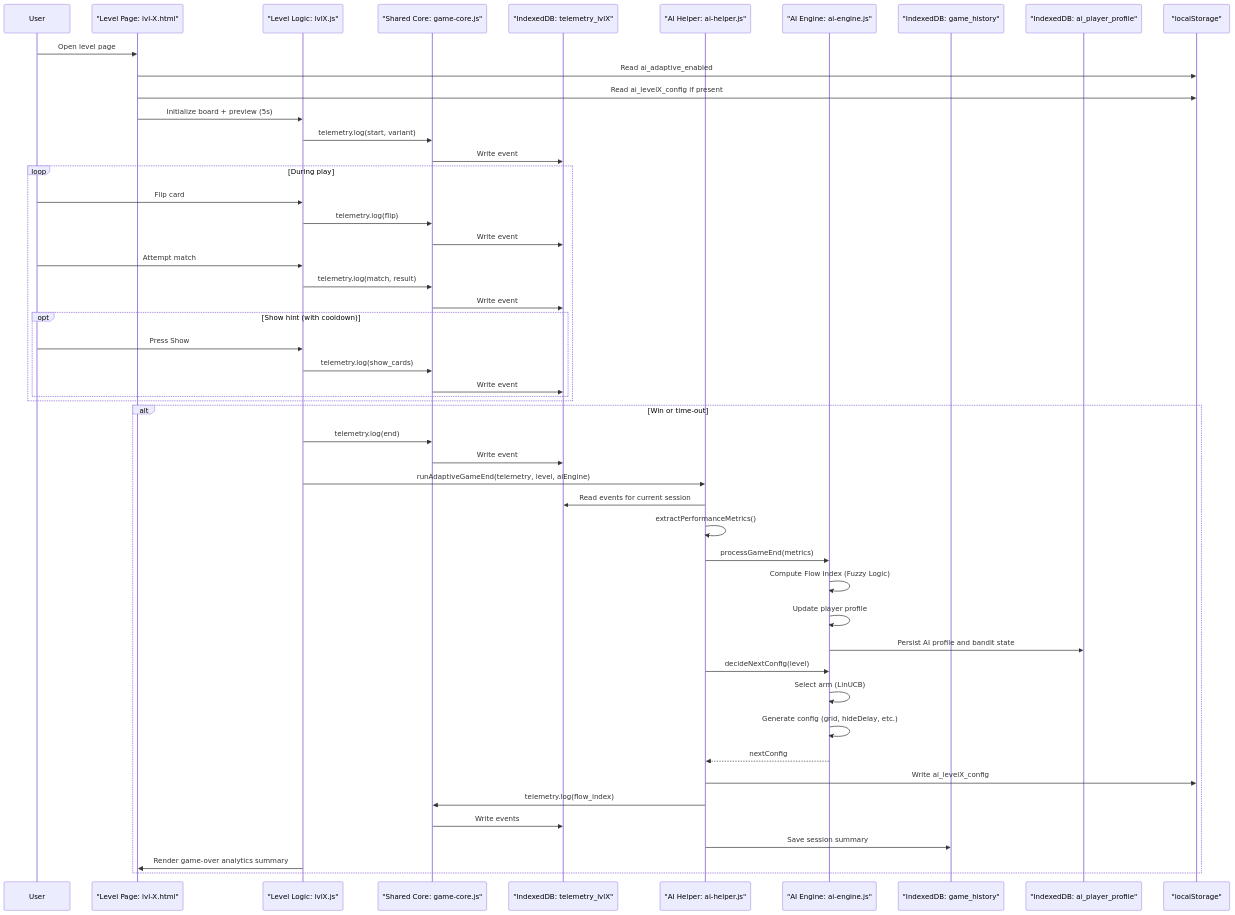
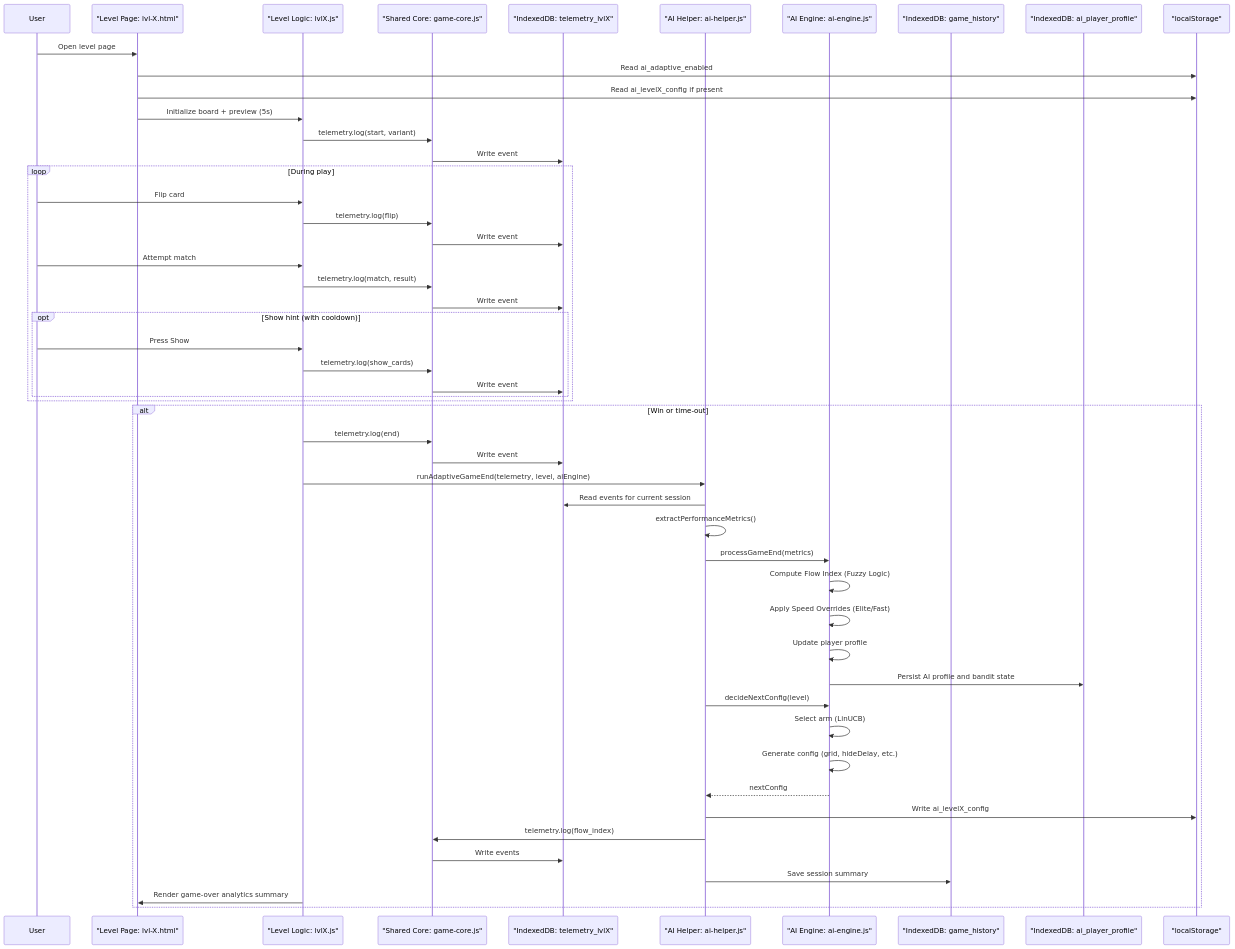
One commit to DDMYmia/Memory-Game-He-Maumahara changed the second of 10 diagrams in docs/SYSTEM_DIAGRAMS.md. Above: the diagram before and after it, drawn with Mermaid. The commit also changed other lines of this file and 23 other files, not shown here.

````diff
--- a/docs/SYSTEM_DIAGRAMS.md
+++ b/docs/SYSTEM_DIAGRAMS.md
@@ -69,55 +69,56 @@
 ```mermaid
 sequenceDiagram
     participant User
     participant Page as "Level Page: lvl-X.html"
     participant Lvl as "Level Logic: lvlX.js"
     participant Core as "Shared Core: game-core.js"
     participant Tel as "IndexedDB: telemetry_lvlX"
     participant Helper as "AI Helper: ai-helper.js"
     participant Engine as "AI Engine: ai-engine.js"
     participant Hist as "IndexedDB: game_history"
     participant Profile as "IndexedDB: ai_player_profile"
     participant LS as "localStorage"
 
     User->>Page: Open level page
     Page->>LS: Read ai_adaptive_enabled
     Page->>LS: Read ai_levelX_config if present
     Page->>Lvl: Initialize board + preview (5s)
     Lvl->>Core: telemetry.log(start, variant)
     Core->>Tel: Write event
 
     loop During play
       User->>Lvl: Flip card
       Lvl->>Core: telemetry.log(flip)
       Core->>Tel: Write event
       User->>Lvl: Attempt match
       Lvl->>Core: telemetry.log(match, result)
       Core->>Tel: Write event
       opt Show hint (with cooldown)
         User->>Lvl: Press Show
         Lvl->>Core: telemetry.log(show_cards)
         Core->>Tel: Write event
       end
     end
 
     alt Win or time-out
       Lvl->>Core: telemetry.log(end)
       Core->>Tel: Write event
       Lvl->>Helper: runAdaptiveGameEnd(telemetry, level, aiEngine)
       Helper->>Tel: Read events for current session
       Helper->>Helper: extractPerformanceMetrics()
       Helper->>Engine: processGameEnd(metrics)
       Engine->>Engine: Compute Flow Index (Fuzzy Logic)
+      Engine->>Engine: Apply Speed Overrides (Elite/Fast)
       Engine->>Engine: Update player profile
       Engine->>Profile: Persist AI profile and bandit state
       Helper->>Engine: decideNextConfig(level)
       Engine->>Engine: Select arm (LinUCB)
       Engine->>Engine: Generate config (grid, hideDelay, etc.)
       Engine-->>Helper: nextConfig
       Helper->>LS: Write ai_levelX_config
       Helper->>Core: telemetry.log(flow_index)
       Core->>Tel: Write events
       Helper->>Hist: Save session summary
       Lvl->>Page: Render game-over analytics summary
     end
 ```
````
